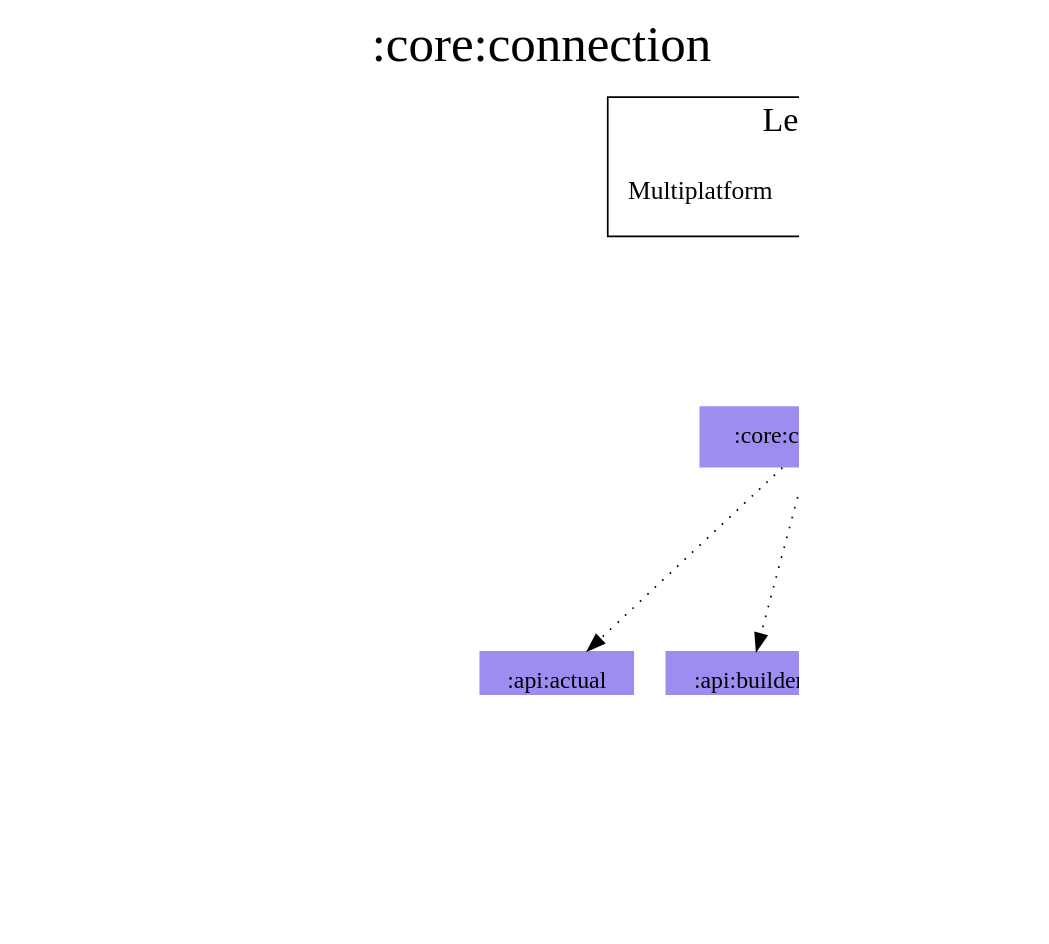
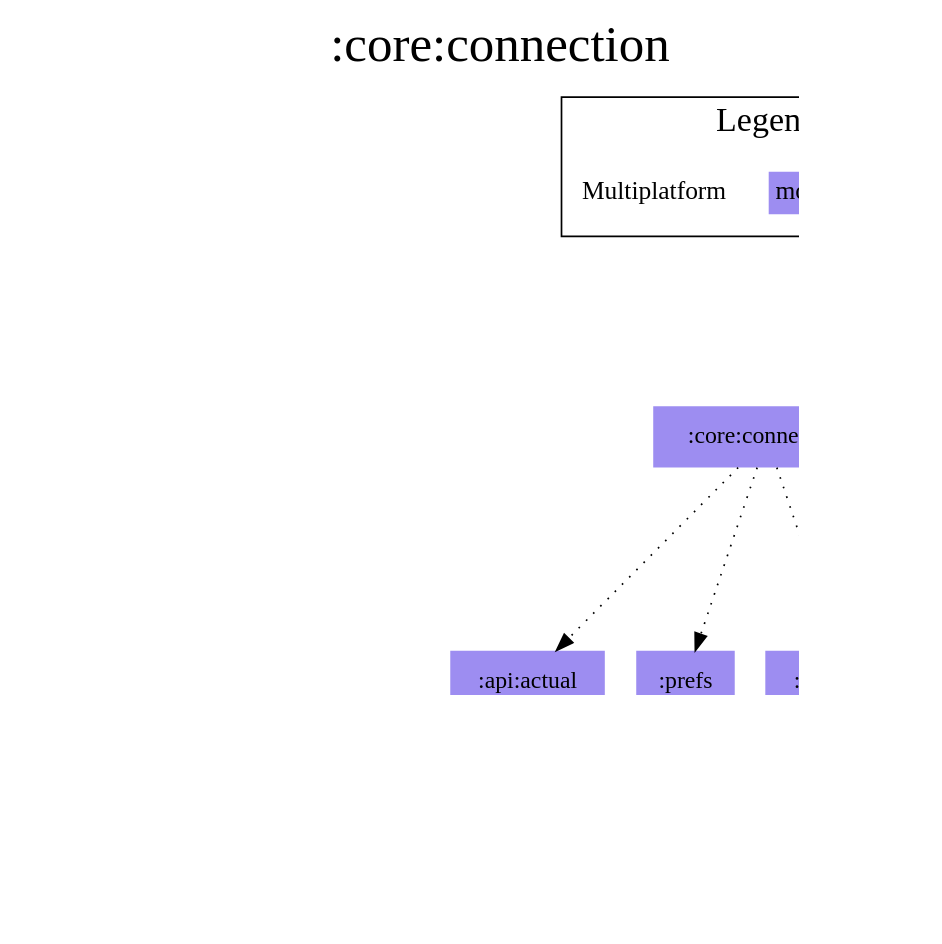
One commit to jonapoul/aktual changed the diagram in modules/core/connection/modules.dot. Above: the diagram before and after it, drawn with Graphviz. The commit also changed 56 other files, not shown here.

```diff
--- a/modules/core/connection/modules.dot
+++ b/modules/core/connection/modules.dot
@@ -1,36 +1,37 @@
 digraph {
 edge ["dir"="forward"]
 graph ["dpi"="100","label"=":core:connection","labelloc"="t","fontsize"="30","ranksep"="1.5","rankdir"="TB"]
 node ["style"="filled"]
 ":account:model" ["fillcolor"="#9D8DF1","shape"="none"]
 ":api:actual" ["fillcolor"="#9D8DF1","shape"="none"]
 ":api:builder" ["fillcolor"="#9D8DF1","shape"="none"]
 ":budget:model" ["fillcolor"="#9D8DF1","shape"="none"]
 ":codegen:annotation" ["fillcolor"="#9D8DF1","shape"="none"]
 ":core:connection" ["fillcolor"="#9D8DF1","shape"="none"]
 ":core:model" ["fillcolor"="#9D8DF1","shape"="none"]
-":url:prefs" ["fillcolor"="#9D8DF1","shape"="none"]
+":prefs" ["fillcolor"="#9D8DF1","shape"="none"]
 {
 edge ["dir"="none"]
 graph ["rank"="same"]
 }
 ":api:actual" -> ":account:model"
 ":api:actual" -> ":budget:model"
 ":api:actual" -> ":codegen:annotation" ["style"="dotted"]
 ":api:actual" -> ":core:model"
 ":api:builder" -> ":core:model"
 ":core:connection" -> ":api:actual" ["style"="dotted"]
 ":core:connection" -> ":api:builder" ["style"="dotted"]
 ":core:connection" -> ":core:model" ["style"="dotted"]
-":core:connection" -> ":url:prefs" ["style"="dotted"]
-":url:prefs" -> ":core:model"
+":core:connection" -> ":prefs" ["style"="dotted"]
+":prefs" -> ":account:model"
+":prefs" -> ":core:model"
 subgraph "cluster_legend" {
 edge ["dir"="none"]
 graph ["label"="Legend","fontsize"="20"]
 "Legend" ["style"="filled","fillcolor"="#FFFFFF","shape"="none","margin"="0","fontsize"="15","label"=<
 <TABLE BORDER="0" CELLBORDER="0" CELLSPACING="0" CELLPADDING="4">
 <TR><TD>Multiplatform</TD><TD BGCOLOR="#9D8DF1">module-name</TD></TR>
 </TABLE>
 >]
 } -> ":core:connection" ["style"="invis"]
 }
```
